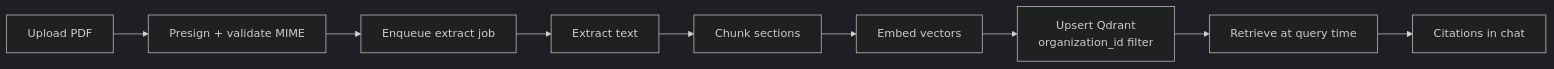
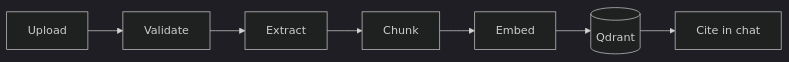
One commit to nikhilmaguwala/enterprise-ai-agent changed the fourth of 9 diagrams in README.md. Above: the diagram before and after it, drawn with Mermaid (dark theme). The commit also changed other lines of this file, not shown here.

````diff
--- a/README.md
+++ b/README.md
@@ -176,11 +229,9 @@
 ```mermaid
 flowchart LR
-  U[Upload PDF] --> P[Presign + validate MIME]
-  P --> J[Enqueue extract job]
-  J --> X[Extract text]
-  X --> C[Chunk sections]
-  C --> E[Embed vectors]
-  E --> Q[Upsert Qdrant<br/>organization_id filter]
-  Q --> R[Retrieve at query time]
-  R --> M[Citations in chat]
+  A[Upload] --> B[Validate]
+  B --> C[Extract]
+  C --> D[Chunk]
+  D --> E[Embed]
+  E --> F[(Qdrant)]
+  F --> G[Cite in chat]
 ```
````
